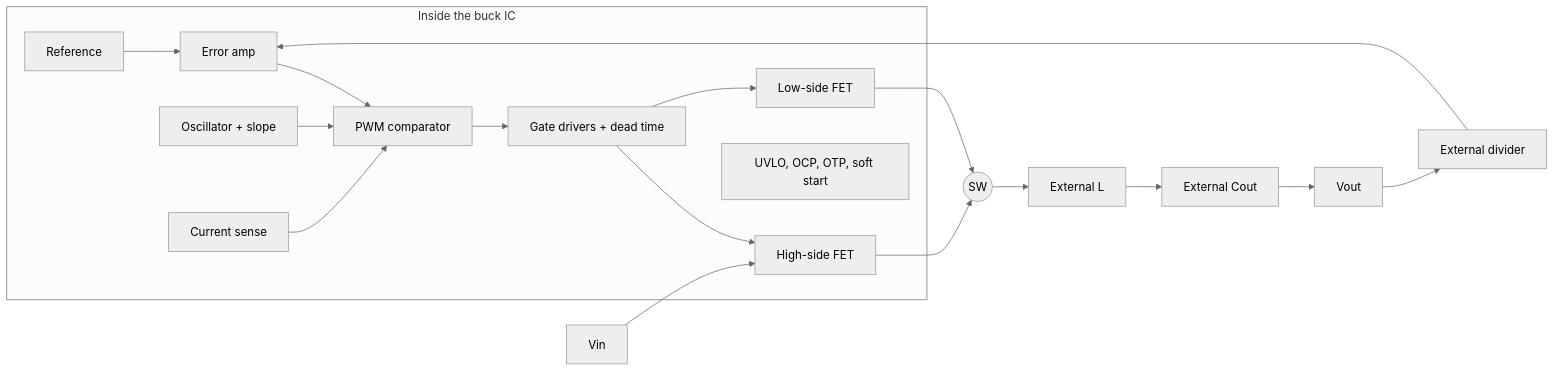
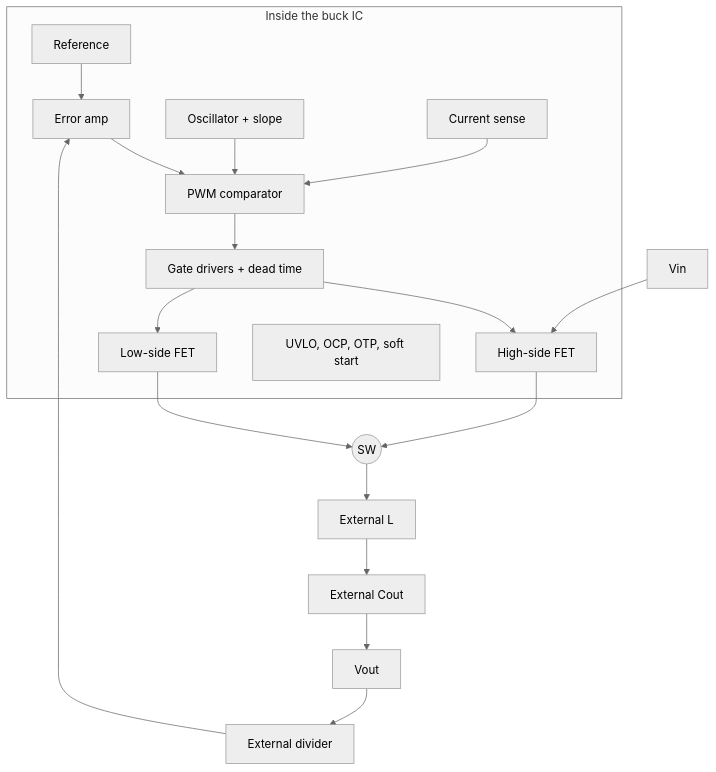
The diagram in content/questions/q0256.md (atallm7/monty-prep), drawn with Mermaid (neutral theme) before and after one commit. The commit also changed 120 other files, not shown here.

````diff
--- a/content/questions/q0256.md
+++ b/content/questions/q0256.md
@@ -110,21 +110,21 @@
 ```mermaid
-flowchart LR
+flowchart TB
   subgraph IC[Inside the buck IC]
     REF[Reference] --> EA[Error amp]
     EA --> CMP[PWM comparator]
     OSC[Oscillator + slope] --> CMP
     CMP --> DRV[Gate drivers + dead time]
     DRV --> HS[High-side FET]
     DRV --> LS[Low-side FET]
     CS[Current sense] --> CMP
     PROT[UVLO, OCP, OTP, soft start]
   end
   VIN[Vin] --> HS
   HS --> SW((SW))
   LS --> SW
   SW --> L[External L]
   L --> COUT[External Cout]
   COUT --> VOUT[Vout]
   VOUT --> DIV[External divider]
   DIV --> EA
 ```
````
